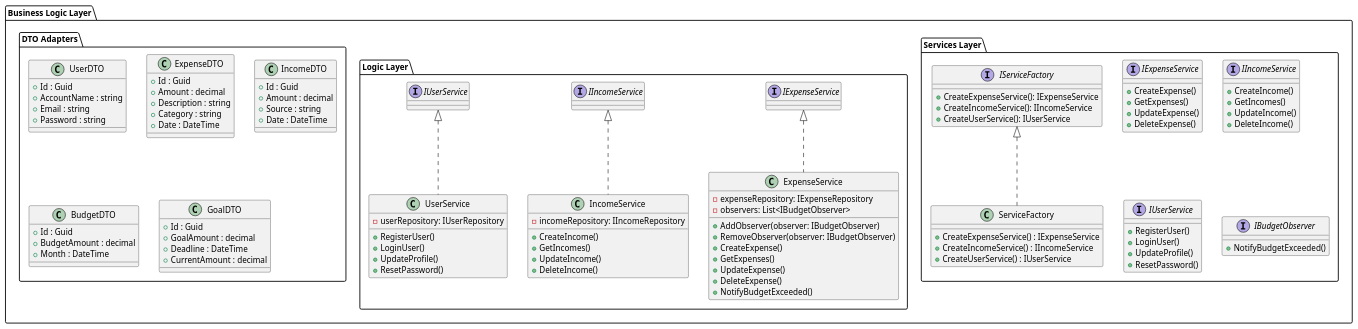
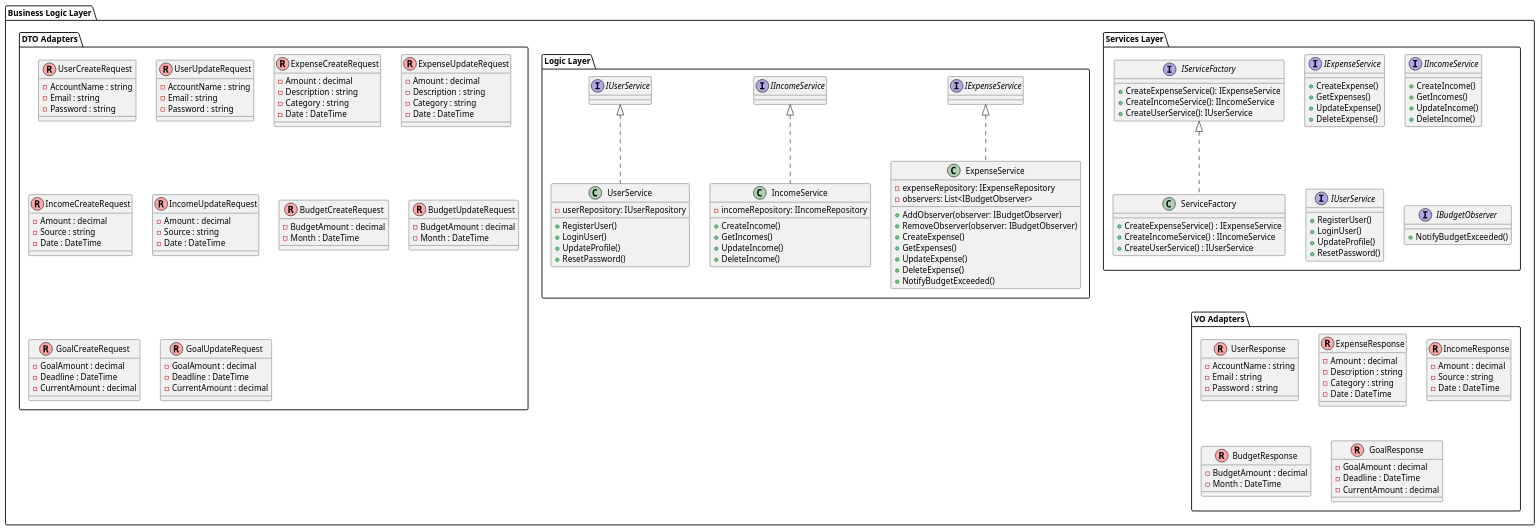
One commit to programacion-6/ExpenseTrackerGrupo2 changed the diagram in docs/uml/business-logic.puml. Above: the diagram before and after it, drawn with PlantUML.

Commit message:
docs: update dto adapters for requests; add vo adapters for model responses

```diff
--- a/docs/uml/business-logic.puml
+++ b/docs/uml/business-logic.puml
@@ -1,113 +1,170 @@
 @startuml Business
 
 package "Business Logic Layer" {
     package "Services Layer" {
             interface IExpenseService {
             + CreateExpense()
             + GetExpenses()
             + UpdateExpense()
             + DeleteExpense()
         }
 
             interface IIncomeService {
             + CreateIncome()
             + GetIncomes()
             + UpdateIncome()
             + DeleteIncome()
         }
 
         interface IUserService {
             + RegisterUser()
             + LoginUser()
             + UpdateProfile()
             + ResetPassword()
         }
 
         ' Applying Factory Pattern for Services
         interface IServiceFactory {
             + CreateExpenseService(): IExpenseService
             + CreateIncomeService(): IIncomeService
             + CreateUserService(): IUserService
         }
 
         class ServiceFactory implements IServiceFactory {
             + CreateExpenseService() : IExpenseService
             + CreateIncomeService() : IIncomeService
             + CreateUserService() : IUserService
         }
 
         ' Observer pattern to notify about budget thresholds
         interface IBudgetObserver {
             + NotifyBudgetExceeded()
         }
     }
 
     package "Logic Layer" {
         class ExpenseService implements IExpenseService {
             - expenseRepository: IExpenseRepository
             - observers: List<IBudgetObserver>
             + AddObserver(observer: IBudgetObserver)
             + RemoveObserver(observer: IBudgetObserver)
             + CreateExpense()
             + GetExpenses()
             + UpdateExpense()
             + DeleteExpense()
             + NotifyBudgetExceeded()
         }
 
         class IncomeService implements IIncomeService {
             - incomeRepository: IIncomeRepository
             + CreateIncome()
             + GetIncomes()
             + UpdateIncome()
             + DeleteIncome()
         }
 
         class UserService implements IUserService {
             - userRepository: IUserRepository
             + RegisterUser()
             + LoginUser()
             + UpdateProfile()
             + ResetPassword()
         }
     }
 
     package "DTO Adapters" {
-        class UserDTO {
-            + Id : Guid
-            + AccountName : string
-            + Email : string
-            + Password : string
+        class UserCreateRequest << (R, #FFAAAA) >> {
+            - AccountName : string
+            - Email : string
+            - Password : string
         }
 
-        class ExpenseDTO {
-            + Id : Guid
-            + Amount : decimal
-            + Description : string
-            + Category : string
-            + Date : DateTime
+        class UserUpdateRequest << (R, #FFAAAA) >> {
+            - AccountName : string
+            - Email : string
+            - Password : string
         }
 
-        class IncomeDTO {
-            + Id : Guid
-            + Amount : decimal
-            + Source : string
-            + Date : DateTime
+        class ExpenseCreateRequest << (R, #FFAAAA) >> {
+            - Amount : decimal
+            - Description : string
+            - Category : string
+            - Date : DateTime
         }
 
-        class BudgetDTO {
-            + Id : Guid
-            + BudgetAmount : decimal
-            + Month : DateTime
+        class ExpenseUpdateRequest << (R, #FFAAAA) >> {
+            - Amount : decimal
+            - Description : string
+            - Category : string
+            - Date : DateTime
         }
 
-        class GoalDTO {
-            + Id : Guid
-            + GoalAmount : decimal
-            + Deadline : DateTime
-            + CurrentAmount : decimal
+        class IncomeCreateRequest << (R, #FFAAAA) >> {
+            - Amount : decimal
+            - Source : string
+            - Date : DateTime
+        }
+
+        class IncomeUpdateRequest << (R, #FFAAAA) >> {
+            - Amount : decimal
+            - Source : string
+            - Date : DateTime
+        }
+
+        class BudgetCreateRequest << (R, #FFAAAA) >> {
+            - BudgetAmount : decimal 
+            - Month : DateTime
+        }
+
+        class BudgetUpdateRequest << (R, #FFAAAA) >> {
+            - BudgetAmount : decimal 
+            - Month : DateTime
+        }
+
+        class GoalCreateRequest << (R, #FFAAAA) >> {
+            - GoalAmount : decimal
+            - Deadline : DateTime
+            - CurrentAmount : decimal
+        }
+
+        class GoalUpdateRequest << (R, #FFAAAA) >> {
+            - GoalAmount : decimal
+            - Deadline : DateTime
+            - CurrentAmount : decimal
+        }
+    }
+
+    package "VO Adapters" {
+        class UserResponse << (R, #FFAAAA) >> {
+            - AccountName : string
+            - Email : string
+            - Password : string
+        }
+
+        class ExpenseResponse << (R, #FFAAAA) >> {
+            - Amount : decimal
+            - Description : string
+            - Category : string
+            - Date : DateTime
+        }
+
+        class IncomeResponse << (R, #FFAAAA) >> {
+            - Amount : decimal
+            - Source : string
+            - Date : DateTime
+        }
+
+        class BudgetResponse << (R, #FFAAAA) >> {
+            - BudgetAmount : decimal 
+            - Month : DateTime
+        }
+
+        class GoalResponse << (R, #FFAAAA) >> {
+            - GoalAmount : decimal
+            - Deadline : DateTime
+            - CurrentAmount : decimal
         }
     }
 }
 
 @enduml
```
